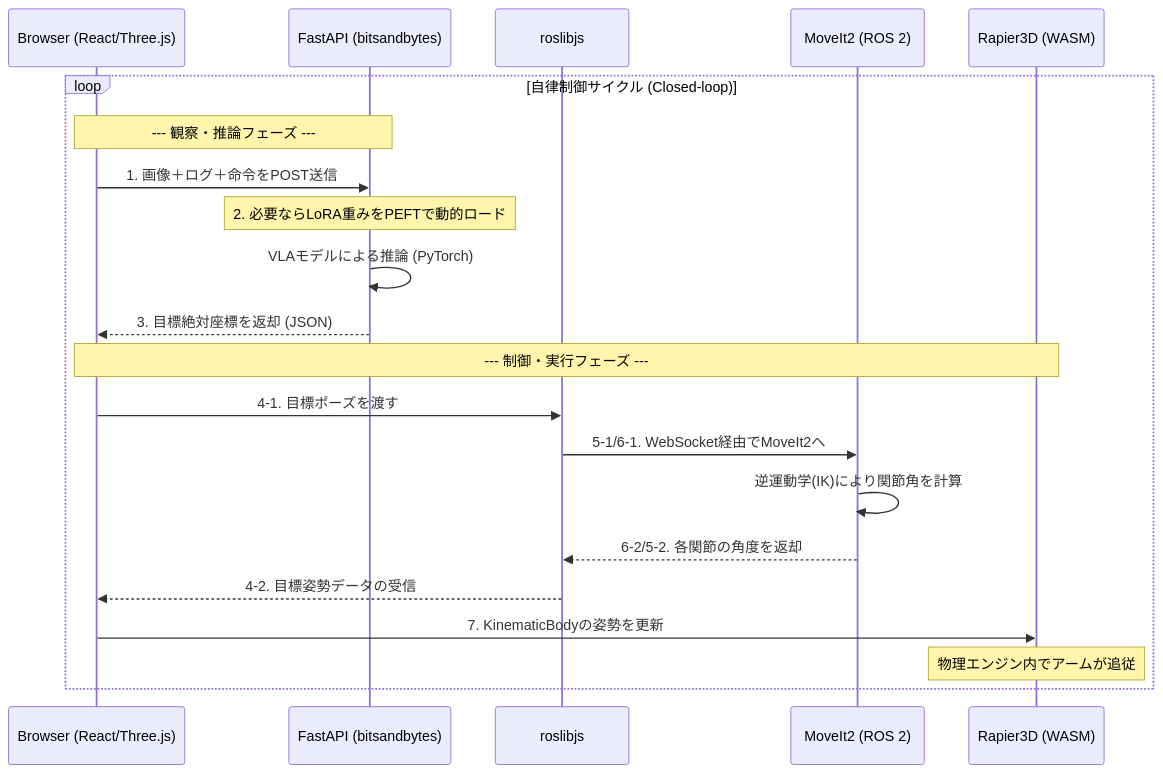
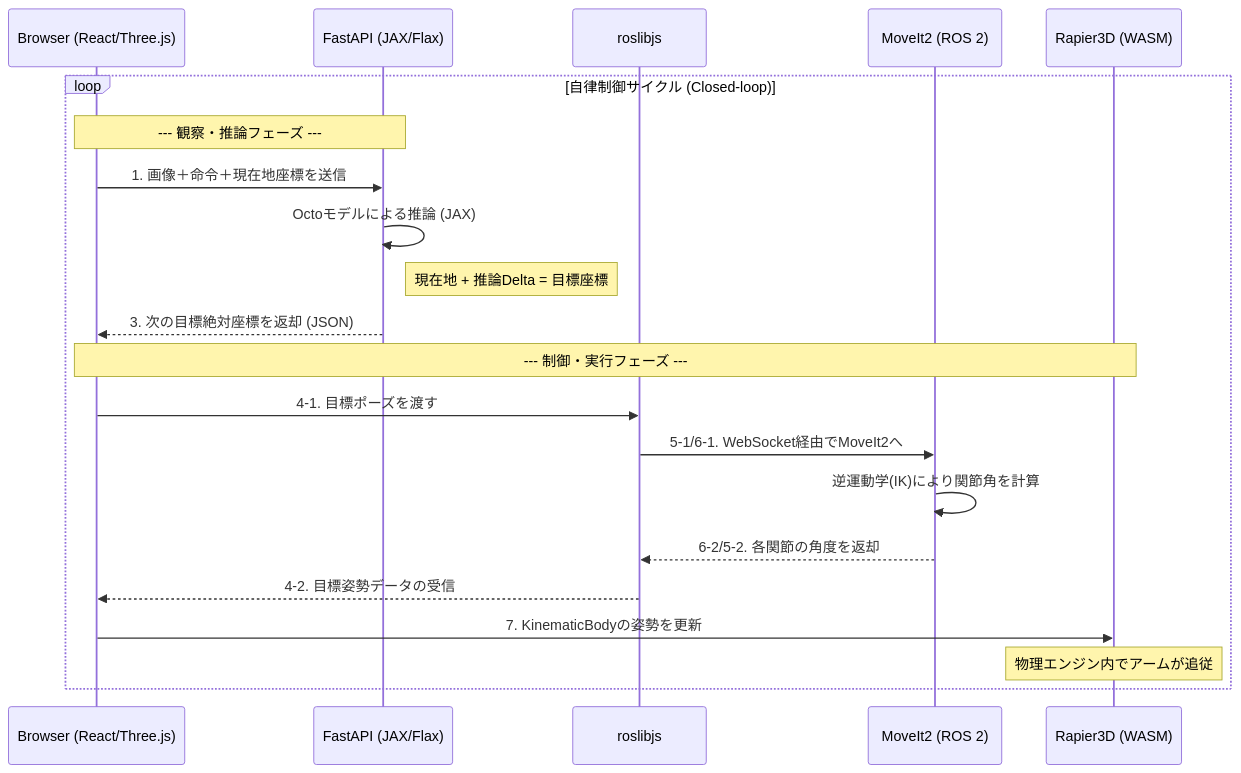
One commit to NearMugi/vla-simulator changed the second of 4 diagrams in README.md. Above: the diagram before and after it, drawn with Mermaid. The commit also changed other lines of this file and 2 other files, not shown here.

Commit message:
docs: update project documentation and roadmap progress

````diff
--- a/README.md
+++ b/README.md
@@ -63,26 +65,26 @@
 ```mermaid
 sequenceDiagram
     participant App as Browser (React/Three.js)
-    participant Srv as FastAPI (bitsandbytes)
+    participant Srv as FastAPI (JAX/Flax)
     participant Client as roslibjs
     participant M2 as MoveIt2 (ROS 2)
     participant Phys as Rapier3D (WASM)
 
     loop 自律制御サイクル (Closed-loop)
         Note over App, Srv: --- 観察・推論フェーズ ---
-        App->>Srv: 1. 画像＋ログ＋命令をPOST送信
-        Note over Srv: 2. 必要ならLoRA重みをPEFTで動的ロード
-        Srv->>Srv: VLAモデルによる推論 (PyTorch)
-        Srv-->>App: 3. 目標絶対座標を返却 (JSON)
+        App->>Srv: 1. 画像＋命令＋現在地座標を送信
+        Srv->>Srv: Octoモデルによる推論 (JAX)
+        Note right of Srv: 現在地 + 推論Delta = 目標座標
+        Srv-->>App: 3. 次の目標絶対座標を返却 (JSON)
 
         Note over App, Phys: --- 制御・実行フェーズ ---
         App->>Client: 4-1. 目標ポーズを渡す
         Client->>M2: 5-1/6-1. WebSocket経由でMoveIt2へ
         M2->>M2: 逆運動学(IK)により関節角を計算
         M2-->>Client: 6-2/5-2. 各関節の角度を返却
         Client-->>App: 4-2. 目標姿勢データの受信
         
         App->>Phys: 7. KinematicBodyの姿勢を更新
         Note over Phys: 物理エンジン内でアームが追従
     end
 ```
````
